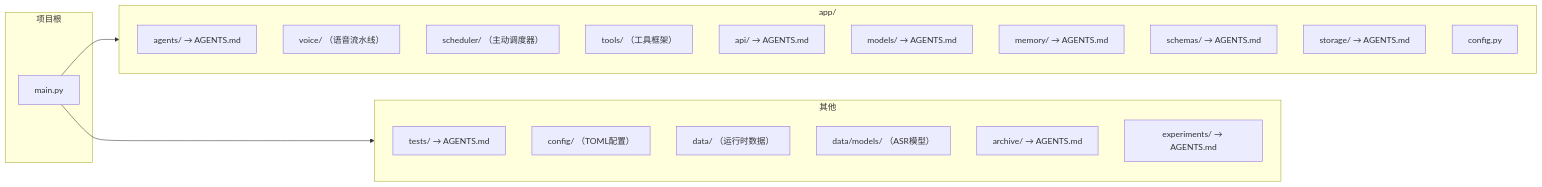
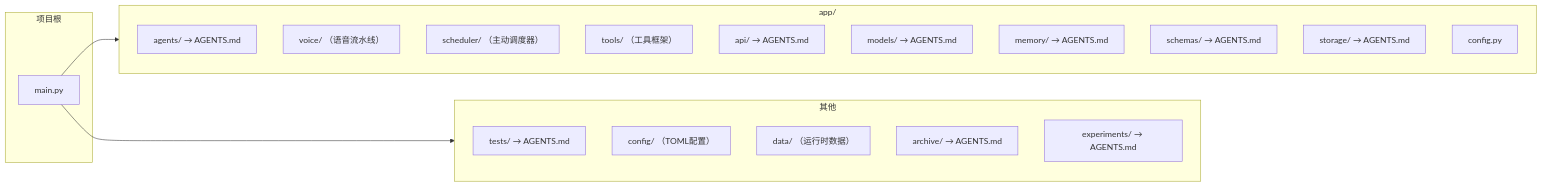
One commit to MiyakoMeow/DrivePal changed the second of 2 diagrams in AGENTS.md. Above: the diagram before and after it, drawn with Mermaid. The commit also changed other lines of this file and 13 other files, not shown here.

````diff
--- a/AGENTS.md
+++ b/AGENTS.md
@@ -109,28 +109,27 @@
 ```mermaid
 flowchart LR
     subgraph Root["项目根"]
         M["main.py"]
     end
     subgraph App["app/"]
         A1["agents/ → AGENTS.md"]
         A2["voice/ （语音流水线）"]
         A3["scheduler/ （主动调度器）"]
         A4["tools/ （工具框架）"]
         A5["api/ → AGENTS.md"]
         A6["models/ → AGENTS.md"]
         A7["memory/ → AGENTS.md"]
         A8["schemas/ → AGENTS.md"]
         A9["storage/ → AGENTS.md"]
         AC["config.py"]
     end
     subgraph Other["其他"]
         T["tests/ → AGENTS.md"]
         C["config/ （TOML配置）"]
         D["data/ （运行时数据）"]
-        DM["data/models/ （ASR模型）"]
         AR["archive/ → AGENTS.md"]
         E["experiments/ → AGENTS.md"]
     end
     M --> App
     M --> Other
 ```
````
